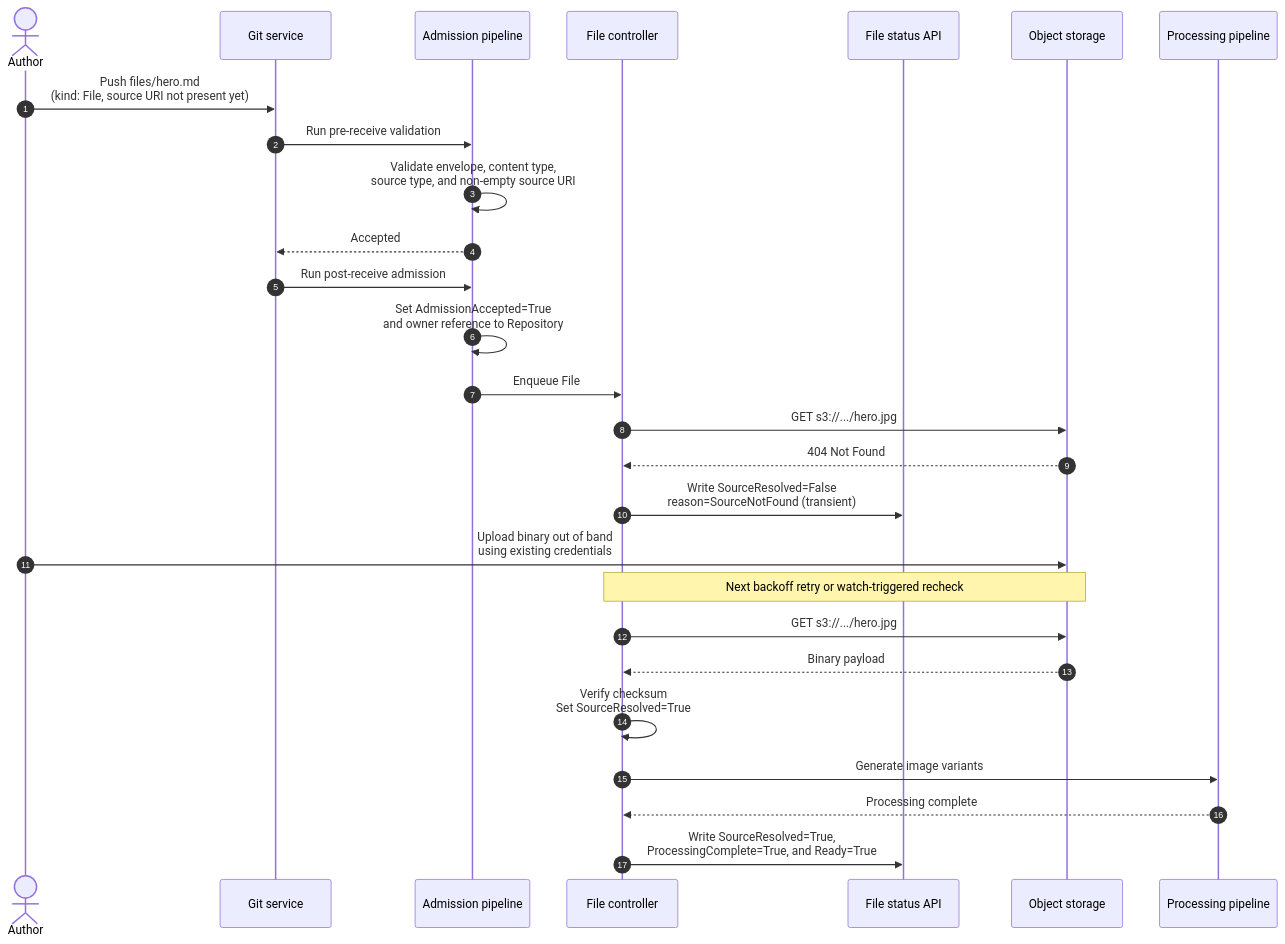
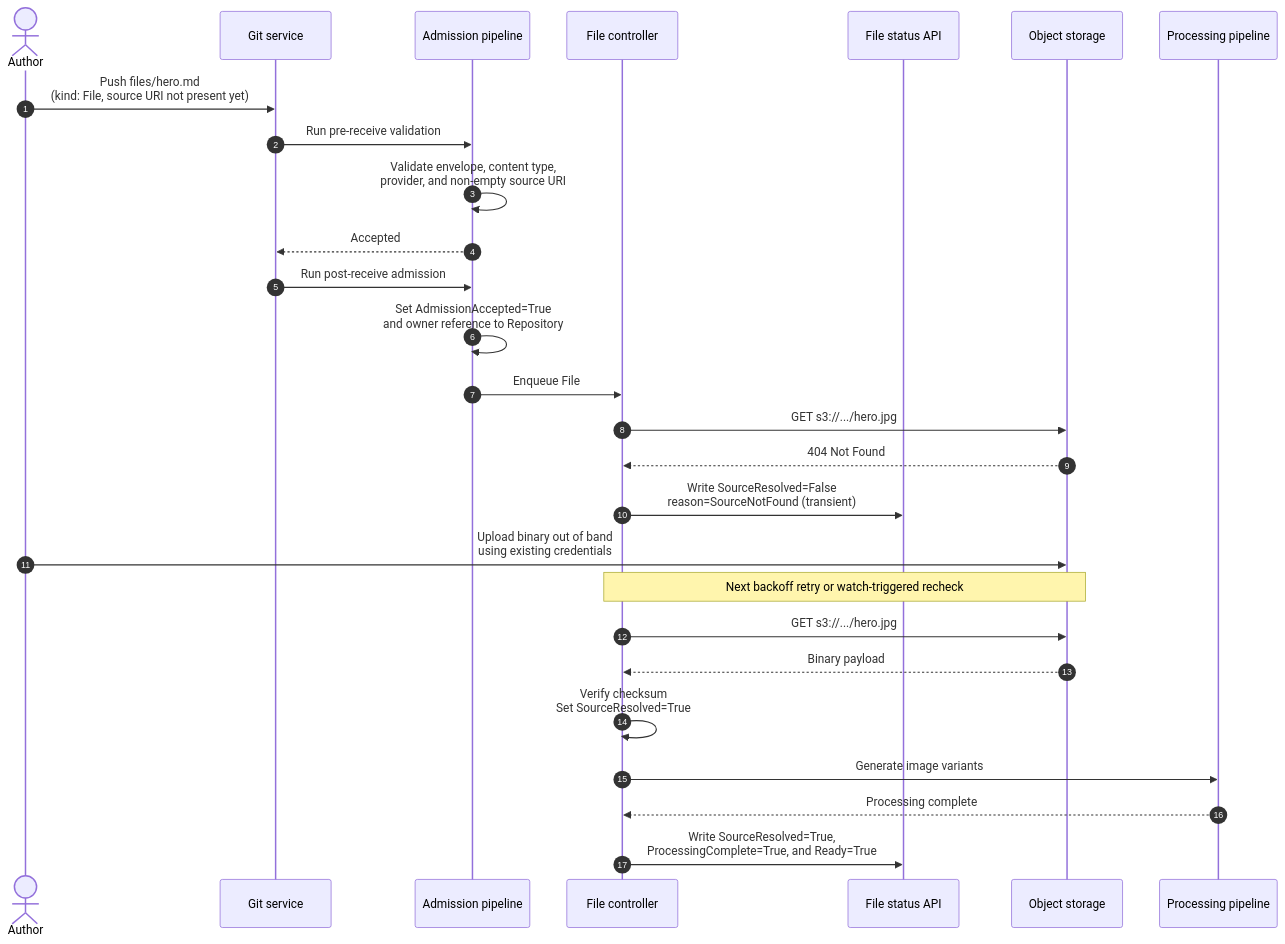
One commit to gitstore-dev/GitStore changed the third of 6 diagrams in docs/implementation/034-file-media-lifecycle-architecture.md. Above: the diagram before and after it, drawn with Mermaid. The commit also changed other lines of this file and 29 other files, not shown here.

````diff
--- a/docs/implementation/034-file-media-lifecycle-architecture.md
+++ b/docs/implementation/034-file-media-lifecycle-architecture.md
@@ -272,31 +272,31 @@
 ```mermaid
 sequenceDiagram
     autonumber
     actor Author
     participant Git as Git service
     participant Admission as Admission pipeline
     participant FileController as File controller
     participant StatusAPI as File status API
     participant Storage as Object storage
     participant Processor as Processing pipeline
 
     Author->>Git: Push files/hero.md<br/>(kind: File, source URI not present yet)
     Git->>Admission: Run pre-receive validation
-    Admission->>Admission: Validate envelope, content type,<br/>source type, and non-empty source URI
+    Admission->>Admission: Validate envelope, content type,<br/>provider, and non-empty source URI
     Admission-->>Git: Accepted
     Git->>Admission: Run post-receive admission
     Admission->>Admission: Set AdmissionAccepted=True<br/>and owner reference to Repository
     Admission->>FileController: Enqueue File
     FileController->>Storage: GET s3://.../hero.jpg
     Storage-->>FileController: 404 Not Found
     FileController->>StatusAPI: Write SourceResolved=False<br/>reason=SourceNotFound (transient)
 
     Author->>Storage: Upload binary out of band<br/>using existing credentials
     Note over FileController,Storage: Next backoff retry or watch-triggered recheck
     FileController->>Storage: GET s3://.../hero.jpg
     Storage-->>FileController: Binary payload
     FileController->>FileController: Verify checksum<br/>Set SourceResolved=True
     FileController->>Processor: Generate image variants
     Processor-->>FileController: Processing complete
     FileController->>StatusAPI: Write SourceResolved=True,<br/>ProcessingComplete=True, and Ready=True
 ```
````
